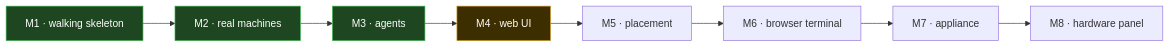
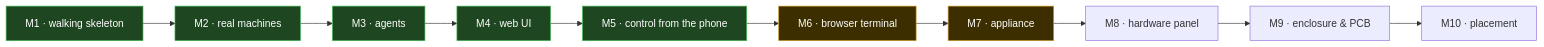
Before and after one commit to 2002Bishwajeet/yantra: the sixth of 7 diagrams in docs/architecture.md, drawn with Mermaid. The commit also changed other lines of this file and 3 other files, not shown here.

First line of the commit message:
Y-153: sweep the architecture document, and make a milestone close own the sweep (#181)

````diff
--- a/docs/architecture.md
+++ b/docs/architecture.md
@@ -220,9 +224,9 @@
 ```mermaid
 flowchart LR
-    M1["M1 · walking skeleton"] --> M2["M2 · real machines"] --> M3["M3 · agents"] --> M4["M4 · web UI"] --> M5["M5 · placement"] --> M6["M6 · browser terminal"] --> M7["M7 · appliance"] --> M8["M8 · hardware panel"]
+    M1["M1 · walking skeleton"] --> M2["M2 · real machines"] --> M3["M3 · agents"] --> M4["M4 · web UI"] --> M5["M5 · control from the phone"] --> M6["M6 · browser terminal"] --> M7["M7 · appliance"] --> M8["M8 · hardware panel"] --> M9["M9 · enclosure & PCB"] --> M10["M10 · placement"]
 
     classDef done fill:#1e4620,stroke:#3fb950,color:#fff
     classDef doing fill:#3d2e00,stroke:#d29922,color:#fff
-    class M1,M2,M3 done
-    class M4 doing
+    class M1,M2,M3,M4,M5 done
+    class M6,M7 doing
 ```
````
